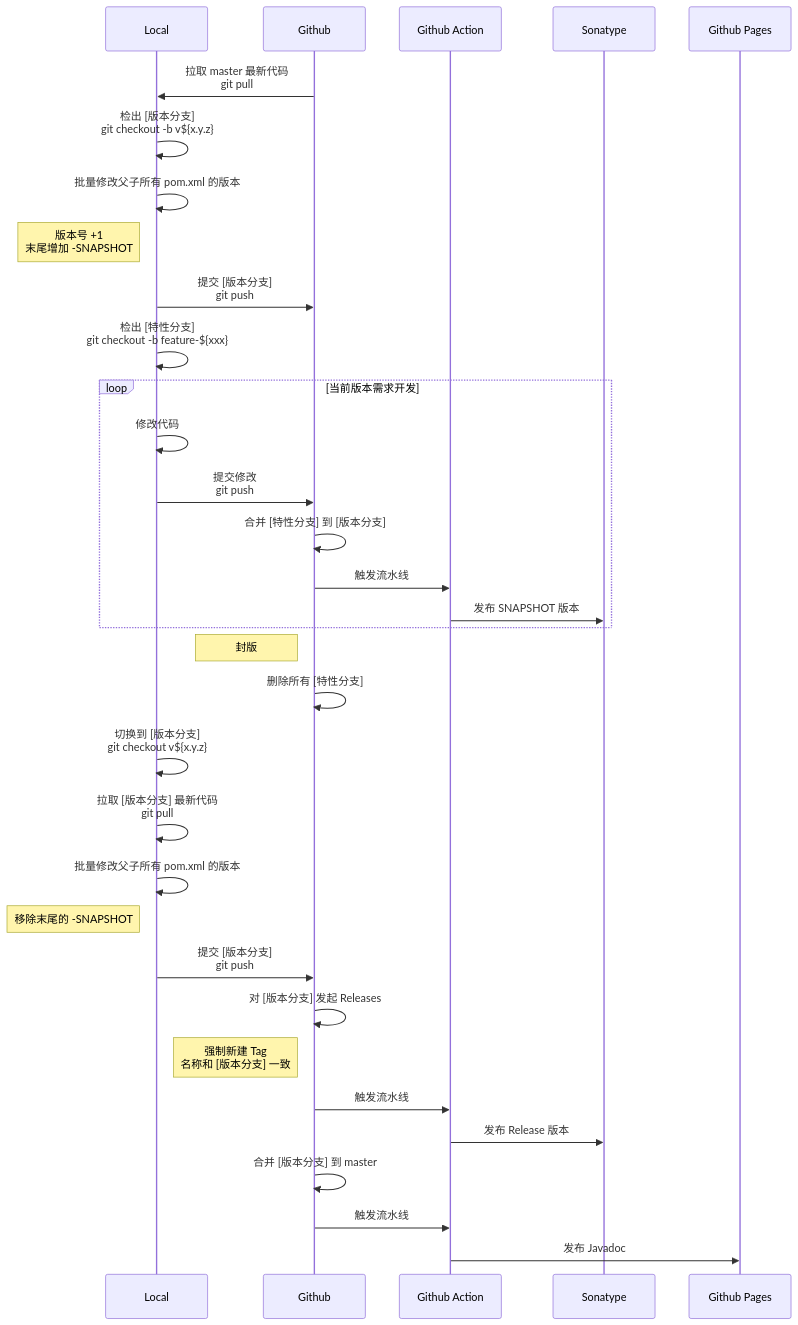
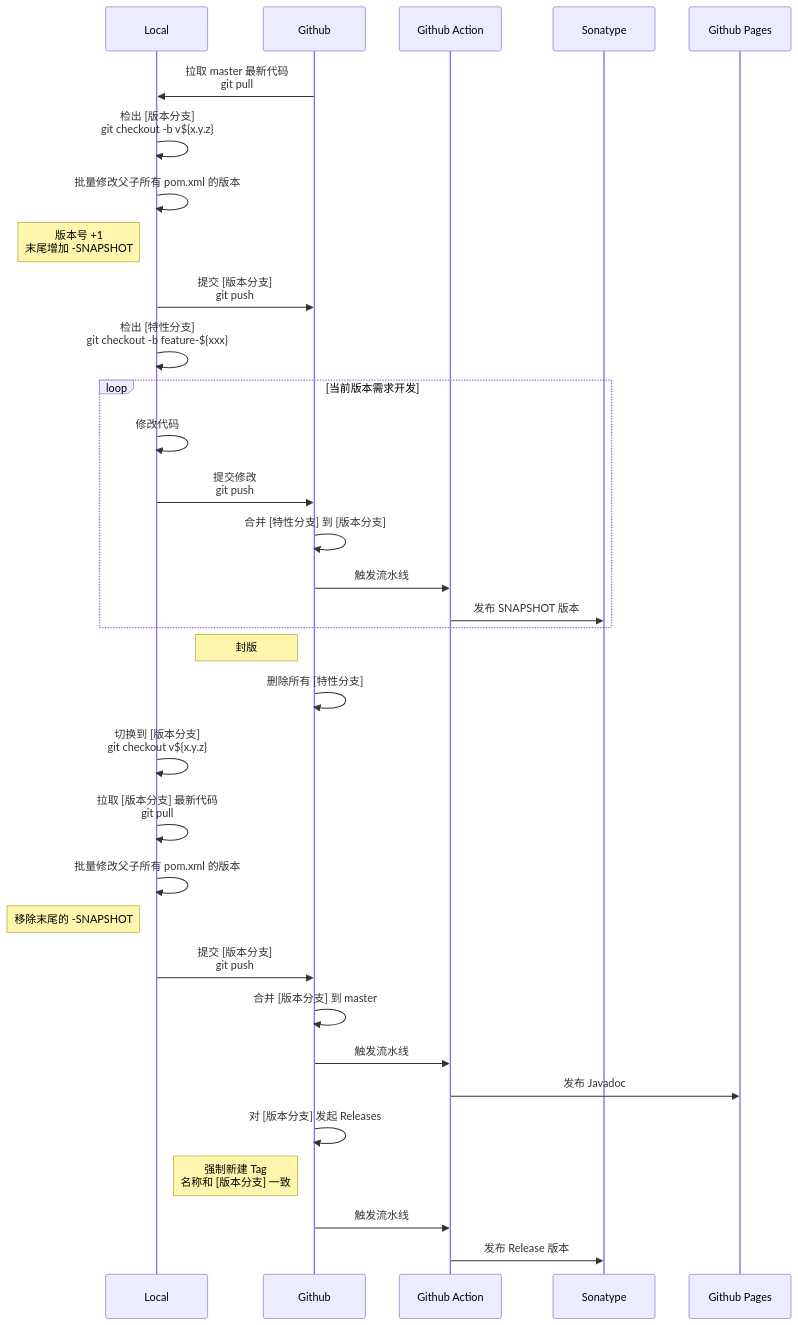
The second of 2 diagrams in DevSOP.md (EXP-Codes/exp-libs-refactor), drawn with Mermaid before and after one commit. The commit also changed other lines of this file, not shown here.

````diff
--- a/DevSOP.md
+++ b/DevSOP.md
@@ -45,35 +45,35 @@
 ```mermaid
 sequenceDiagram
     participant Local
     participant Github
     participant Github Action
     participant Sonatype
     participant Github Pages
     Github->>Local: 拉取 master 最新代码<br/>git pull
     Local->>Local: 检出 [版本分支]<br/>git checkout -b v${x.y.z}
     Local->>Local: 批量修改父子所有 pom.xml 的版本
     Note left of Local: 版本号 +1<br/>末尾增加 -SNAPSHOT
     Local->>Github: 提交 [版本分支]<br/>git push
     Local->>Local: 检出 [特性分支]<br/>git checkout -b feature-${xxx}
     loop 当前版本需求开发
         Local->>Local: 修改代码
         Local->>Github: 提交修改<br/>git push
         Github->>Github: 合并 [特性分支] 到 [版本分支]
         Github->>Github Action: 触发流水线
         Github Action->>Sonatype: 发布 SNAPSHOT 版本
     end
     Note left of Github: 封版
     Github->>Github: 删除所有 [特性分支]
     Local->>Local: 切换到 [版本分支]<br/>git checkout v${x.y.z}
     Local->>Local: 拉取 [版本分支] 最新代码<br/>git pull
     Local->>Local: 批量修改父子所有 pom.xml 的版本
     Note left of Local: 移除末尾的 -SNAPSHOT
     Local->>Github: 提交 [版本分支]<br/>git push
+    Github->>Github: 合并 [版本分支] 到 master
+    Github->>Github Action: 触发流水线
+    Github Action->>Github Pages: 发布 Javadoc
     Github->>Github: 对 [版本分支] 发起 Releases
     Note left of Github: 强制新建 Tag<br/>名称和 [版本分支] 一致
     Github->>Github Action: 触发流水线
     Github Action->>Sonatype: 发布 Release 版本
-    Github->>Github: 合并 [版本分支] 到 master
-    Github->>Github Action: 触发流水线
-    Github Action->>Github Pages: 发布 Javadoc
 ```
````
